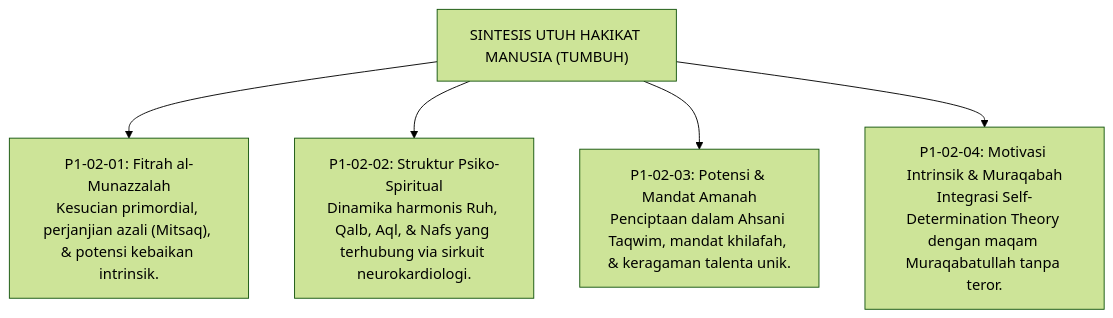
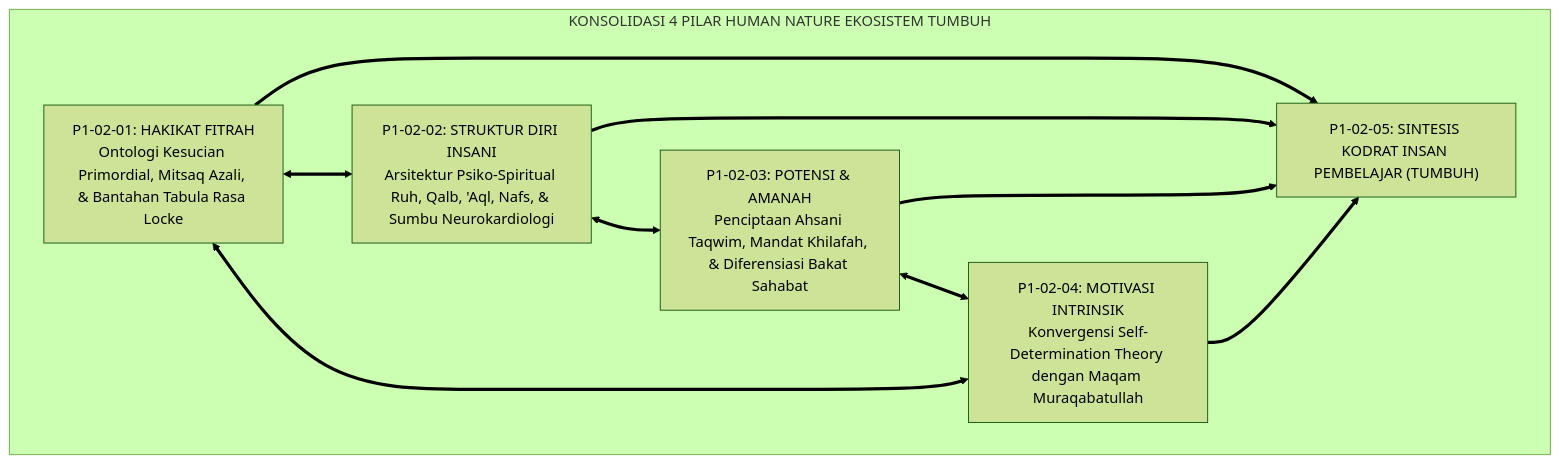
The first of 10 diagrams in 01 Philosophy/02 Human Nature/P1-02-05-Sintesis-Human-Nature.md (wandiapriliyandi/tumbuh), drawn with Mermaid (forest theme) before and after one commit. The commit also changed other lines of this file and 6 other files, not shown here.

Commit message:
feat(philosophy): standarisasi 100% monograf terpadu Sub-Domain 02 Human Nature dan Piagam Pemuliaan Martabat Santri

````diff
--- a/01 Philosophy/02 Human Nature/P1-02-05-Sintesis-Human-Nature.md
+++ b/01 Philosophy/02 Human Nature/P1-02-05-Sintesis-Human-Nature.md
@@ -23,12 +58,19 @@
 ```mermaid
-graph TD
-    Sintesis["SINTESIS UTUH HAKIKAT MANUSIA (TUMBUH)"]
-    
-    Sintesis --> P1["P1-02-01: Fitrah al-Munazzalah<br/>Kesucian primordial, perjanjian azali (Mitsaq), & potensi kebaikan intrinsik."]
-    
-    Sintesis --> P2["P1-02-02: Struktur Psiko-Spiritual<br/>Dinamika harmonis Ruh, Qalb, Aql, & Nafs yang terhubung via sirkuit neurokardiologi."]
-    
-    Sintesis --> P3["P1-02-03: Potensi & Mandat Amanah<br/>Penciptaan dalam Ahsani Taqwim, mandat khilafah, & keragaman talenta unik."]
-    
-    Sintesis --> P4["P1-02-04: Motivasi Intrinsik & Muraqabah<br/>Integrasi Self-Determination Theory dengan maqam Muraqabatullah tanpa teror."]
+flowchart TD
+    subgraph KonsolidasiEmpatPilarHumanNature["KONSOLIDASI 4 PILAR HUMAN NATURE EKOSISTEM TUMBUH"]
+        P1["P1-02-01: HAKIKAT FITRAH<br/>Ontologi Kesucian Primordial, Mitsaq Azali, & Bantahan Tabula Rasa Locke"]
+        
+        P2["P1-02-02: STRUKTUR DIRI INSANI<br/>Arsitektur Psiko-Spiritual Ruh, Qalb, 'Aql, Nafs, & Sumbu Neurokardiologi"]
+        
+        P3["P1-02-03: POTENSI & AMANAH<br/>Penciptaan Ahsani Taqwim, Mandat Khilafah, & Diferensiasi Bakat Sahabat"]
+        
+        P4["P1-02-04: MOTIVASI INTRINSIK<br/>Konvergensi Self-Determination Theory dengan Maqam Muraqabatullah"]
+        
+        P1 <==> P2
+        P2 <==> P3
+        P3 <==> P4
+        P4 <==> P1
+        
+        P1 & P2 & P3 & P4 ==> SINTESIS["P1-02-05: SINTESIS KODRAT INSAN PEMBELAJAR (TUMBUH)"]
+    end
 ```
````
